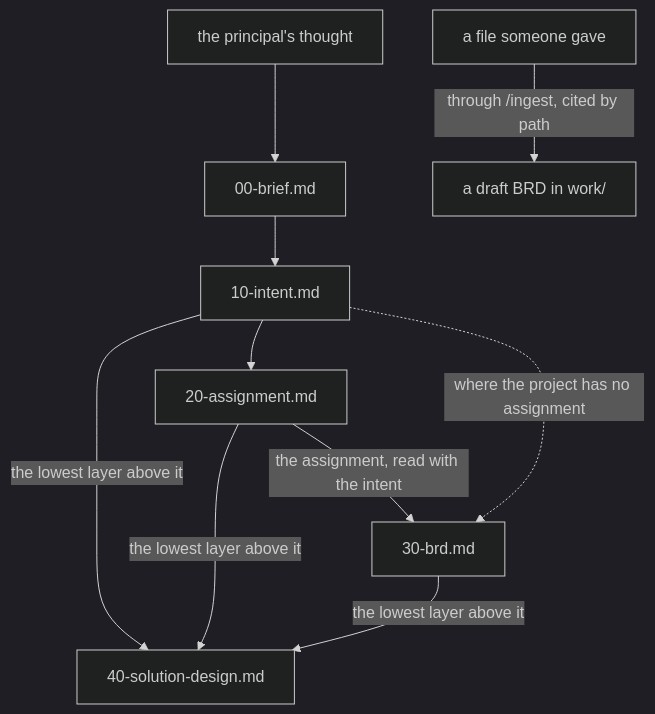
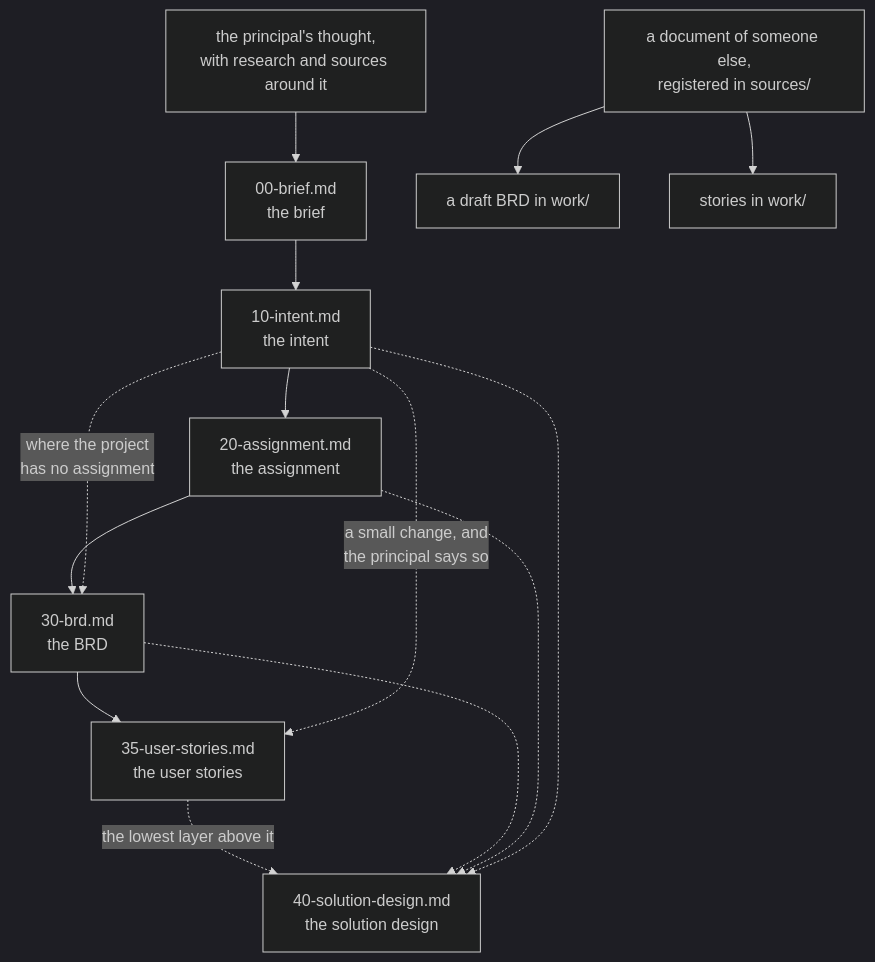
Before and after one commit to pche-broken-artist/forge-of-thought: the diagram in docs/about/the-document-chain.md, drawn with Mermaid (dark theme). The commit also changed other lines of this file and 92 other files, not shown here.

````diff
--- a/docs/about/the-document-chain.md
+++ b/docs/about/the-document-chain.md
@@ -138,12 +123,27 @@
 ```mermaid
-flowchart TD
-    T[the principal's thought] --> B[00-brief.md]
-    B --> I[10-intent.md]
-    I --> A[20-assignment.md]
-    A -->|the assignment, read with the intent| R[30-brd.md]
-    I -.->|where the project has no assignment| R
-    I -->|the lowest layer above it| S[40-solution-design.md]
-    A -->|the lowest layer above it| S
-    R -->|the lowest layer above it| S
-    F[a file someone gave] -->|through /ingest, cited by path| W[a draft BRD in work/]
+flowchart TB
+    thought["the principal's thought,<br/>with research and sources around it"]
+    brief["00-brief.md<br/>the brief"]
+    intent["10-intent.md<br/>the intent"]
+    assignment["20-assignment.md<br/>the assignment"]
+    brd["30-brd.md<br/>the BRD"]
+    stories["35-user-stories.md<br/>the user stories"]
+    design["40-solution-design.md<br/>the solution design"]
+    given["a document of someone else,<br/>registered in sources/"]
+    workbrd["a draft BRD in work/"]
+    workstories["stories in work/"]
+
+    thought --> brief
+    brief --> intent
+    intent --> assignment
+    assignment --> brd
+    intent -. "where the project<br/>has no assignment" .-> brd
+    brd --> stories
+    intent -. "a small change, and<br/>the principal says so" .-> stories
+    stories -. "the lowest layer above it" .-> design
+    brd -.-> design
+    assignment -.-> design
+    intent -.-> design
+    given --> workbrd
+    given --> workstories
 ```
````
